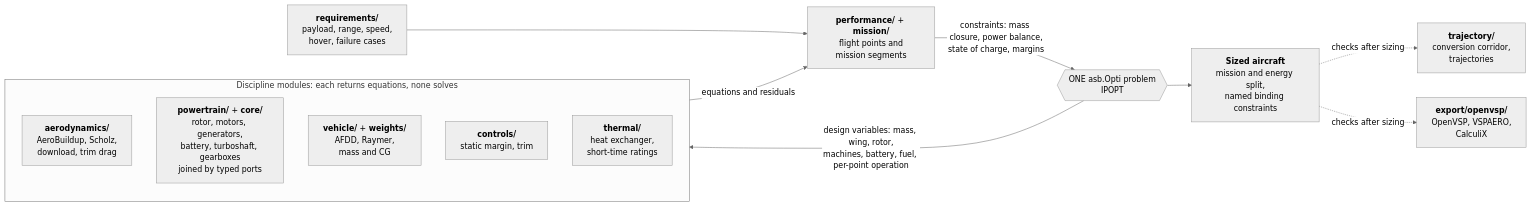
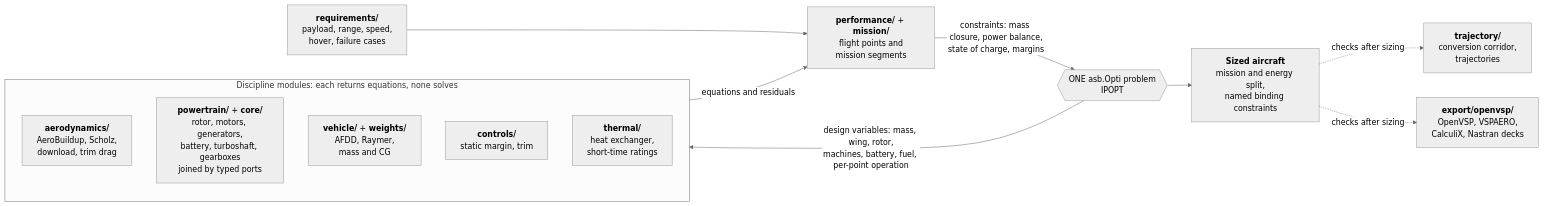
One commit to rootAmos/size_halo changed the first of 2 diagrams in README.md. Above: the diagram before and after it, drawn with Mermaid (neutral theme). The commit also changed other lines of this file, not shown here.

First line of the commit message:
docs: README as the architecture team's working document; fidelity build-up; work packages per discipline

````diff
--- a/README.md
+++ b/README.md
@@ -86,25 +90,25 @@
 ```mermaid
 flowchart LR
     REQ["<b>requirements/</b><br/>payload, range, speed,<br/>hover, failure cases"]
     subgraph MODELS["Discipline modules: each returns equations, none solves"]
         direction TB
         AERO["<b>aerodynamics/</b><br/>AeroBuildup, Scholz,<br/>download, trim drag"]
         PT["<b>powertrain/</b> + <b>core/</b><br/>rotor, motors, generators,<br/>battery, turboshaft, gearboxes<br/>joined by typed ports"]
         WT["<b>vehicle/</b> + <b>weights/</b><br/>AFDD, Raymer,<br/>mass and CG"]
         CTRL["<b>controls/</b><br/>static margin, trim"]
         TH["<b>thermal/</b><br/>heat exchanger,<br/>short-time ratings"]
     end
     PERF["<b>performance/</b> + <b>mission/</b><br/>flight points and<br/>mission segments"]
     OPTI{{"ONE asb.Opti problem<br/>IPOPT"}}
     OUT["<b>Sized aircraft</b><br/>mission and energy split,<br/>named binding constraints"]
     TRAJ["<b>trajectory/</b><br/>conversion corridor,<br/>trajectories"]
-    EXP["<b>export/openvsp/</b><br/>OpenVSP, VSPAERO,<br/>CalculiX"]
+    EXP["<b>export/openvsp/</b><br/>OpenVSP, VSPAERO,<br/>CalculiX, Nastran decks"]
 
     REQ --> PERF
     MODELS -- "equations and residuals" --> PERF
     PERF -- "constraints: mass closure, power balance,<br/>state of charge, margins" --> OPTI
     OPTI -- "design variables: mass, wing, rotor,<br/>machines, battery, fuel, per-point operation" --> MODELS
     OPTI --> OUT
     OUT -. "checks after sizing" .-> TRAJ
     OUT -. "checks after sizing" .-> EXP
 ```
````
